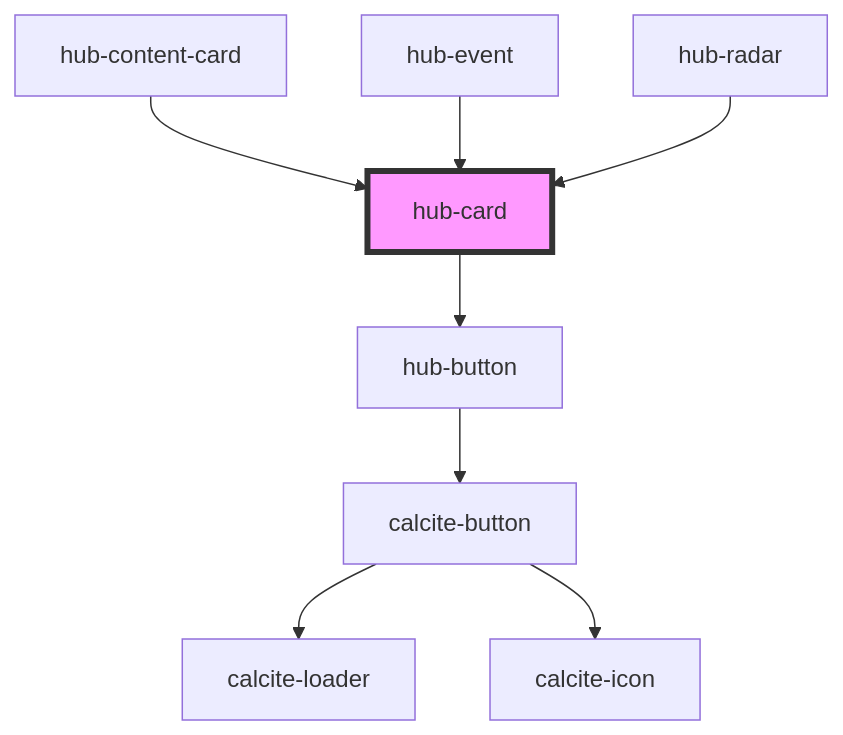
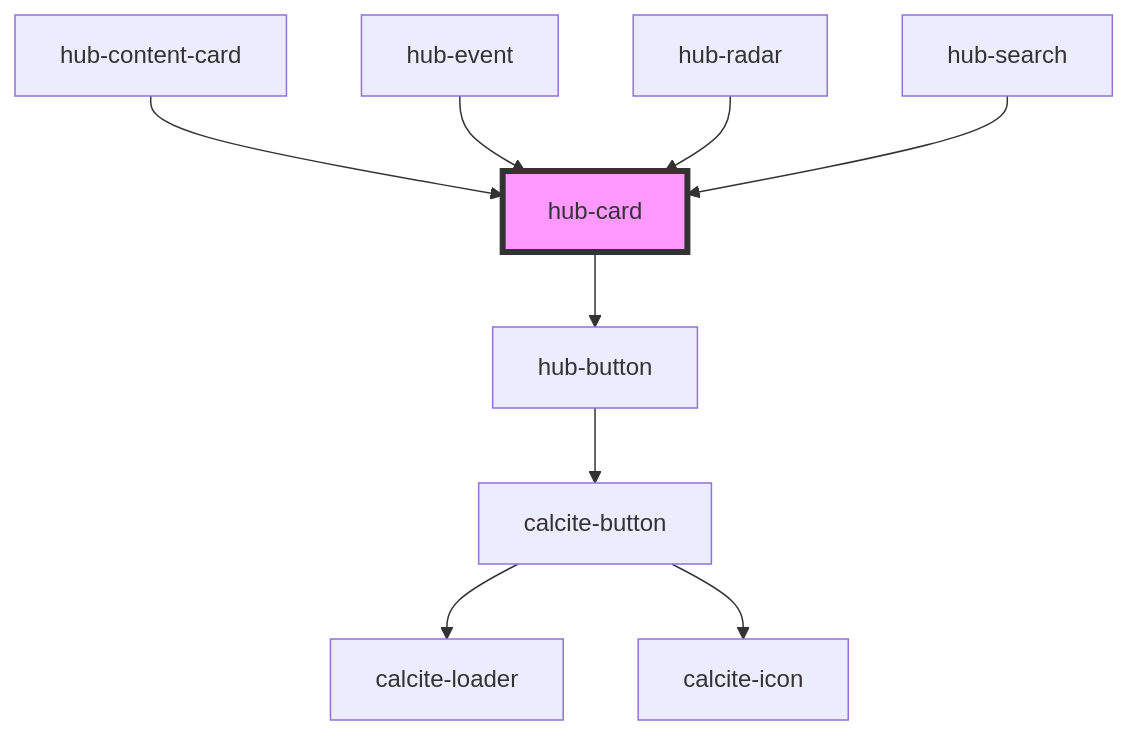
Before and after one commit to esridc/hub-components-experiments: the diagram in src/components/hub-card/readme.md, drawn with Mermaid. The commit also changed other lines of this file and 10 other files, not shown here.

````diff
--- a/src/components/hub-card/readme.md
+++ b/src/components/hub-card/readme.md
@@ -36,11 +37,12 @@
 ```mermaid
 graph TD;
   hub-card --> hub-button
   hub-button --> calcite-button
   calcite-button --> calcite-loader
   calcite-button --> calcite-icon
   hub-content-card --> hub-card
   hub-event --> hub-card
   hub-radar --> hub-card
+  hub-search --> hub-card
   style hub-card fill:#f9f,stroke:#333,stroke-width:4px
 ```
````
